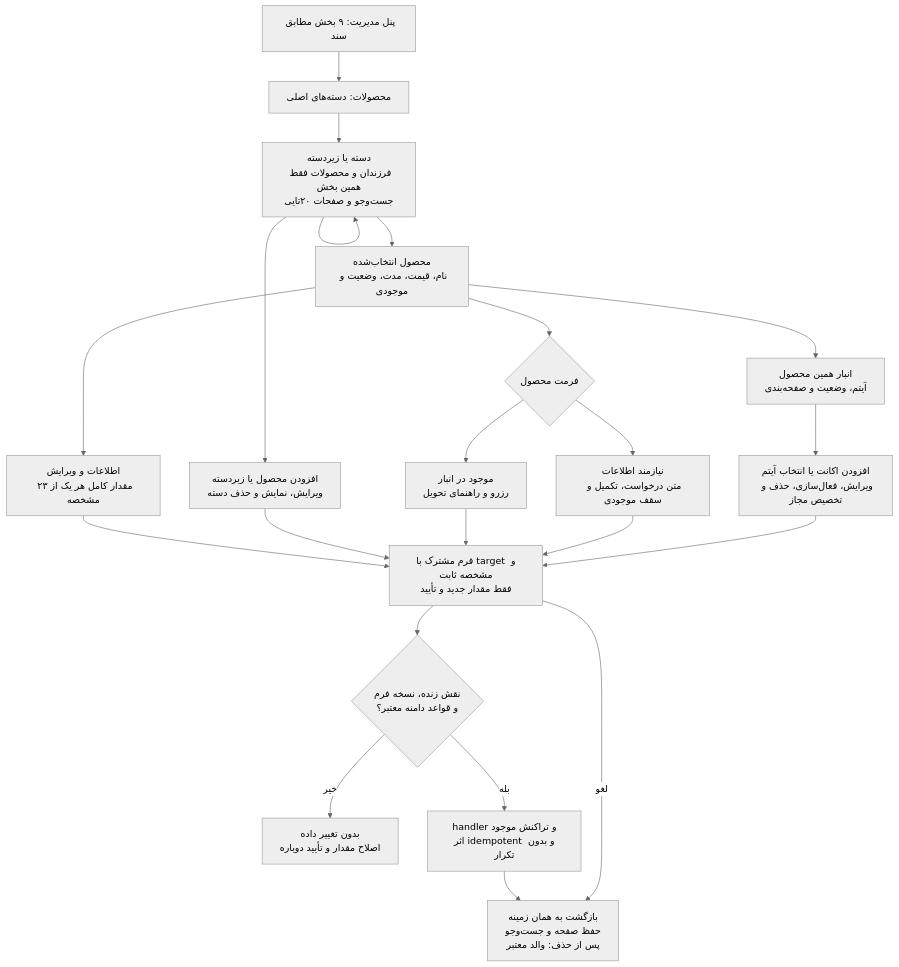
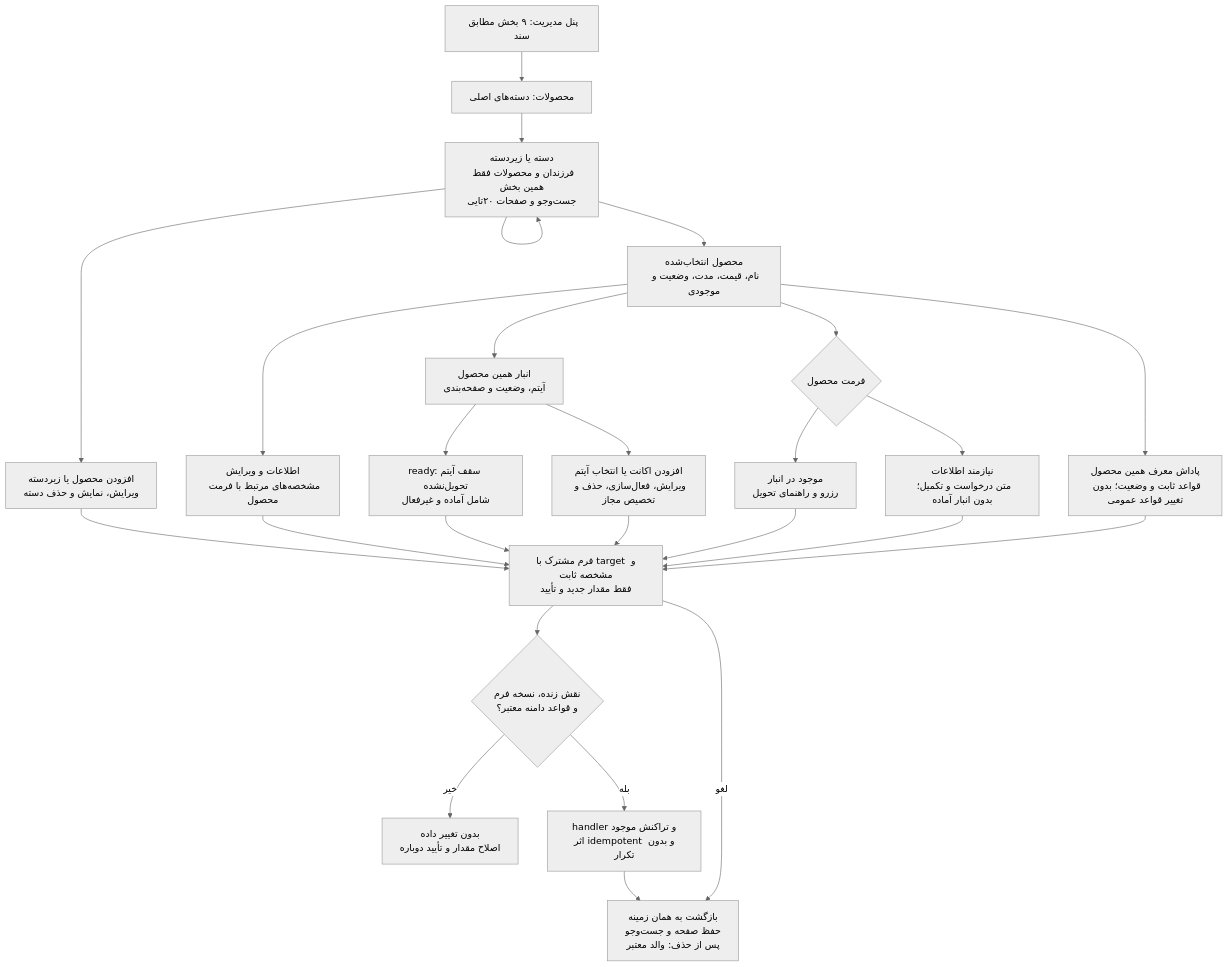
The diagram in docs/diagrams/17-admin-catalog-hierarchy.mmd (mohamadkheiry/aibotTelegram), drawn with Mermaid (neutral theme) before and after one commit. The commit also changed 34 other files, not shown here.

```diff
--- a/docs/diagrams/17-admin-catalog-hierarchy.mmd
+++ b/docs/diagrams/17-admin-catalog-hierarchy.mmd
@@ -1,22 +1,26 @@
 flowchart TB
     Root["پنل مدیریت: ۹ بخش مطابق سند"] --> Products["محصولات: دسته‌های اصلی"]
     Products --> Category["دسته یا زیردسته<br/>فرزندان و محصولات فقط همین بخش<br/>جست‌وجو و صفحات ۲۰تایی"]
     Category --> Category
     Category --> CategoryEdit["افزودن محصول یا زیردسته<br/>ویرایش، نمایش و حذف دسته"]
     Category --> Product["محصول انتخاب‌شده<br/>نام، قیمت، مدت، وضعیت و موجودی"]
-    Product --> Fields["اطلاعات و ویرایش<br/>مقدار کامل هر یک از ۲۳ مشخصه"]
+    Product --> Fields["اطلاعات و ویرایش<br/>مشخصه‌های مرتبط با فرمت محصول"]
     Product --> Stock["انبار همین محصول<br/>آیتم، وضعیت و صفحه‌بندی"]
     Product --> Format{"فرمت محصول"}
     Format --> Ready["موجود در انبار<br/>رزرو و راهنمای تحویل"]
-    Format --> Manual["نیازمند اطلاعات<br/>متن درخواست، تکمیل و سقف موجودی"]
+    Format --> Manual["نیازمند اطلاعات<br/>متن درخواست و تکمیل؛ بدون انبار آماده"]
+    Stock --> Limit["ready: سقف آیتم تحویل‌نشده<br/>شامل آماده و غیرفعال"]
+    Product --> Rewards["پاداش معرف همین محصول<br/>قواعد ثابت و وضعیت؛ بدون تغییر قواعد عمومی"]
+    Rewards --> Form
+    Limit --> Form
     Stock --> Item["افزودن اکانت یا انتخاب آیتم<br/>ویرایش، فعال‌سازی، حذف و تخصیص مجاز"]
     Fields --> Form["فرم مشترک با target و مشخصه ثابت<br/>فقط مقدار جدید و تأیید"]
     CategoryEdit --> Form
     Ready --> Form
     Manual --> Form
     Item --> Form
     Form --> Guard{"نقش زنده، نسخه فرم<br/>و قواعد دامنه معتبر؟"}
     Guard -- خیر --> Error["بدون تغییر داده<br/>اصلاح مقدار و تأیید دوباره"]
     Guard -- بله --> Commit["handler و تراکنش موجود<br/>اثر idempotent و بدون تکرار"]
     Commit --> Back["بازگشت به همان زمینه<br/>حفظ صفحه و جست‌وجو<br/>پس از حذف: والد معتبر"]
     Form -- لغو --> Back
```
